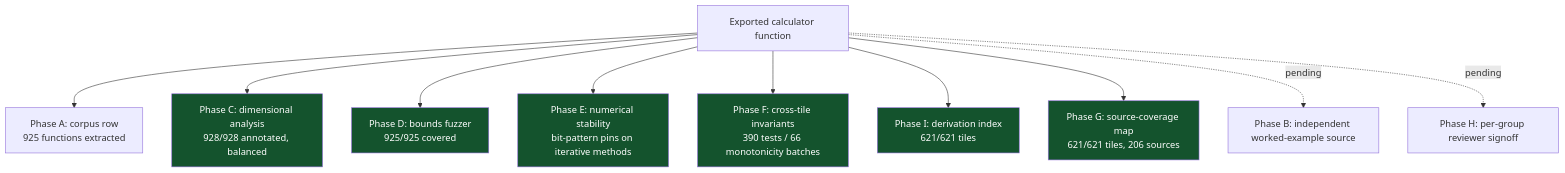
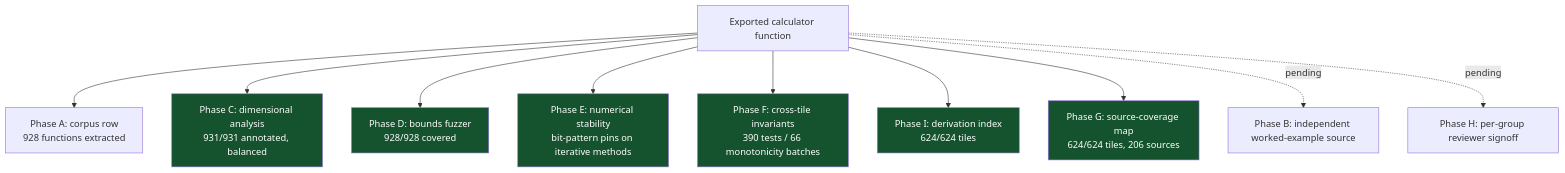
One commit to clay-good/roughlogic.com changed the sixth of 8 diagrams in README.md. Above: the diagram before and after it, drawn with Mermaid. The commit also changed other lines of this file and 17 other files, not shown here.

````diff
--- a/README.md
+++ b/README.md
@@ -387,18 +387,18 @@
 ```mermaid
 flowchart TB
-    F[Exported calculator function] --> A[Phase A: corpus row\n925 functions extracted]
-    F --> C[Phase C: dimensional analysis\n928/928 annotated, balanced]
-    F --> D[Phase D: bounds fuzzer\n925/925 covered]
+    F[Exported calculator function] --> A[Phase A: corpus row\n928 functions extracted]
+    F --> C[Phase C: dimensional analysis\n931/931 annotated, balanced]
+    F --> D[Phase D: bounds fuzzer\n928/928 covered]
     F --> E[Phase E: numerical stability\nbit-pattern pins on iterative methods]
     F --> Fa[Phase F: cross-tile invariants\n390 tests / 66 monotonicity batches]
-    F --> I[Phase I: derivation index\n621/621 tiles]
-    F --> G[Phase G: source-coverage map\n621/621 tiles, 206 sources]
+    F --> I[Phase I: derivation index\n624/624 tiles]
+    F --> G[Phase G: source-coverage map\n624/624 tiles, 206 sources]
     F -.pending.-> B[Phase B: independent worked-example source]
     F -.pending.-> H[Phase H: per-group reviewer signoff]
     style C fill:#14532d,color:#fff
     style D fill:#14532d,color:#fff
     style E fill:#14532d,color:#fff
     style Fa fill:#14532d,color:#fff
     style G fill:#14532d,color:#fff
     style I fill:#14532d,color:#fff
 ```
````
